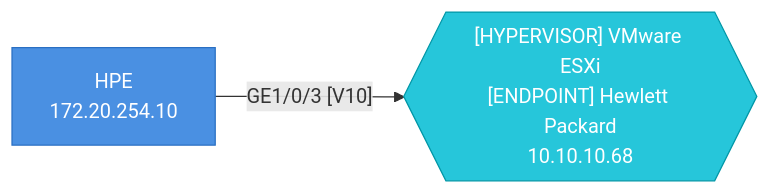
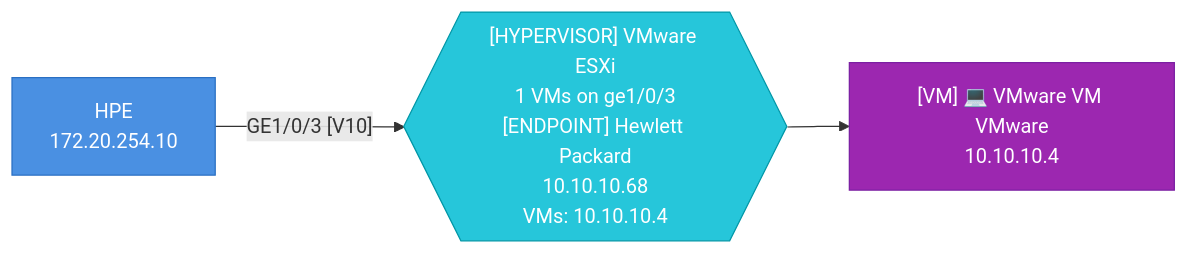
One commit to djamic/LLDP-Skanner-Go changed diagram 40 of 51 in testdata/golden/report_esxi_sections.md. Above: the diagram before and after it, drawn with Mermaid. The commit also changed other lines of this file and 2 other files, not shown here.

First line of the commit message:
Hypervisors: a confirmed ESXi host takes a single VM, and is named ESXi

````diff
--- a/testdata/golden/report_esxi_sections.md
+++ b/testdata/golden/report_esxi_sections.md
@@ -1018,8 +1021,11 @@
 ```mermaid
 graph LR
-  c4346bb84194{{"[HYPERVISOR] VMware ESXi<br>[ENDPOINT] Hewlett Packard<br>10.10.10.68"}}
+  c4346bb84194{{"[HYPERVISOR] VMware ESXi<br>1 VMs on ge1/0/3<br>[ENDPOINT] Hewlett Packard<br>10.10.10.68<br>VMs: 10.10.10.4"}}
   4caea3277eca["HPE<br>172.20.254.10"]
   4caea3277eca-- "GE1/0/3 [V10]" -->c4346bb84194
   style 4caea3277eca fill:#4A90E2,stroke:#2A6FC2,color:#fff
+  000c29b745bb["[VM] 💻 VMware VM VMware<br>10.10.10.4"]
+  c4346bb84194-->000c29b745bb
+  style 000c29b745bb fill:#9C27B0,stroke:#7B1FA2,color:#fff
   style c4346bb84194 fill:#26C6DA,stroke:#0097A7,color:#fff
 ```
````
